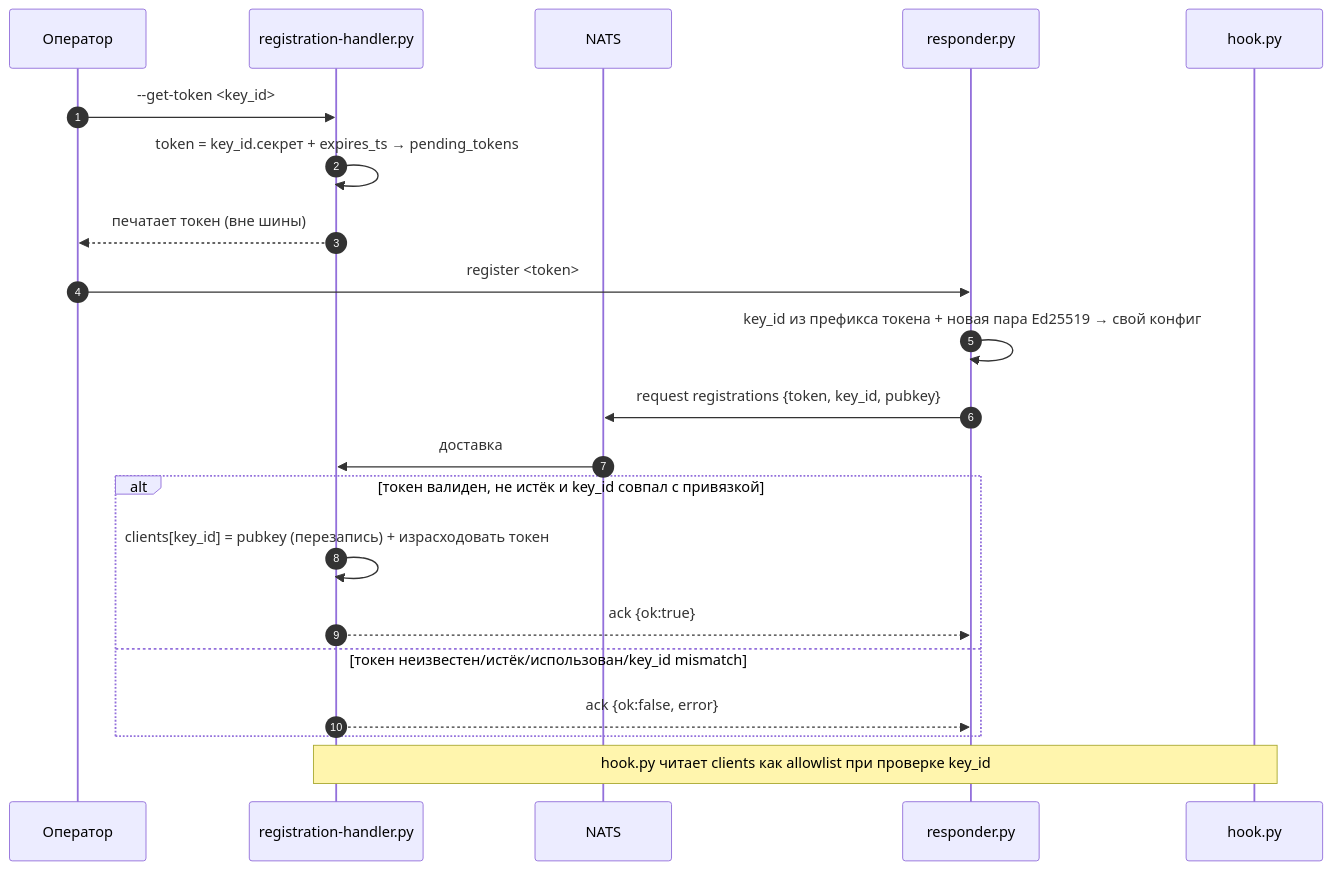
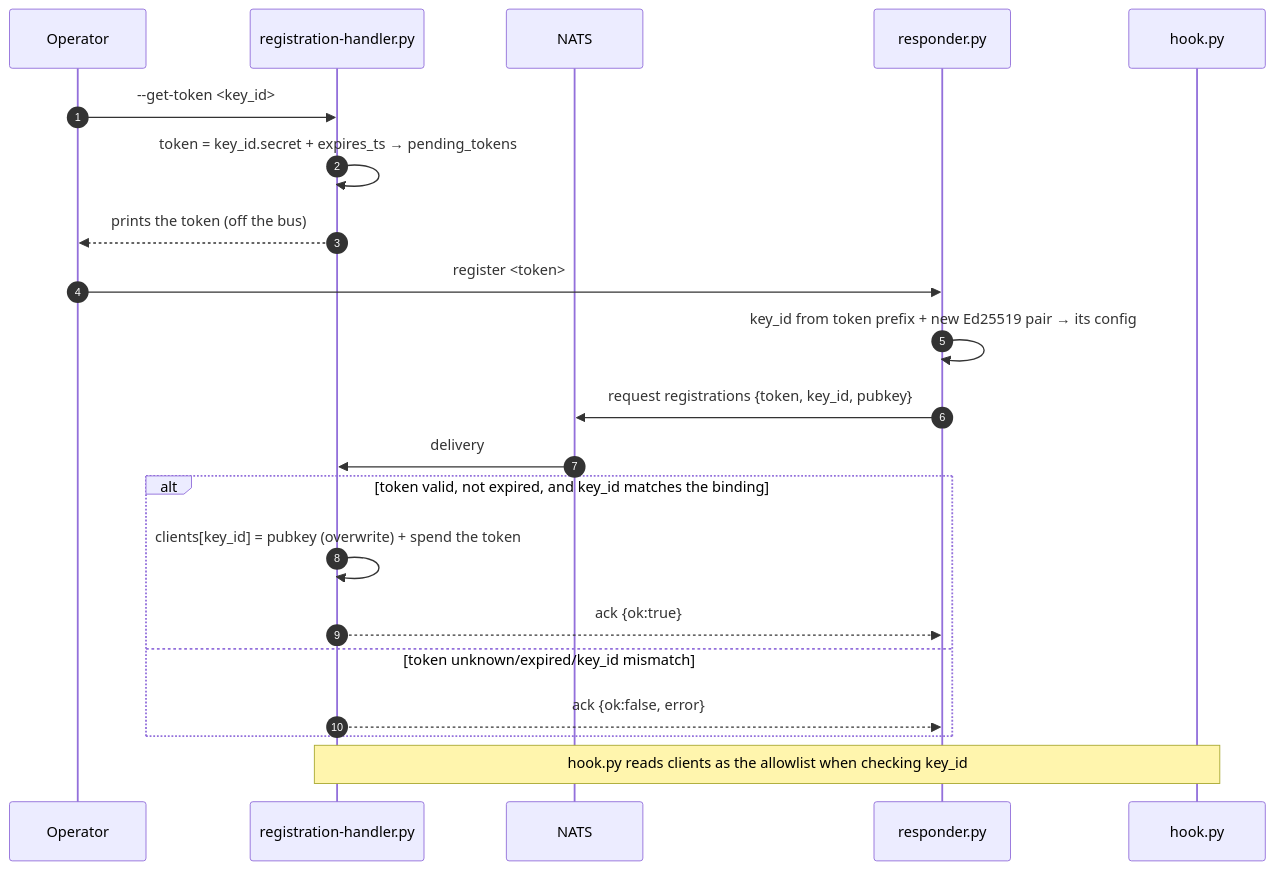
The first of 2 diagrams in CLAUDE.md (merlokk/ai-remote), drawn with Mermaid before and after one commit. The commit also changed other lines of this file, not shown here.

````diff
--- a/CLAUDE.md
+++ b/CLAUDE.md
@@ -119,24 +119,24 @@
 ```mermaid
 sequenceDiagram
     autonumber
-    participant O as Оператор
+    participant O as Operator
     participant RH as registration-handler.py
     participant N as NATS
     participant R as responder.py
     participant HK as hook.py
 
     O->>RH: --get-token <key_id>
-    RH->>RH: token = key_id.секрет + expires_ts → pending_tokens
-    RH-->>O: печатает токен (вне шины)
+    RH->>RH: token = key_id.secret + expires_ts → pending_tokens
+    RH-->>O: prints the token (off the bus)
     O->>R: register <token>
-    R->>R: key_id из префикса токена + новая пара Ed25519 → свой конфиг
+    R->>R: key_id from token prefix + new Ed25519 pair → its config
     R->>N: request registrations {token, key_id, pubkey}
-    N->>RH: доставка
-    alt токен валиден, не истёк и key_id совпал с привязкой
-        RH->>RH: clients[key_id] = pubkey (перезапись) + израсходовать токен
+    N->>RH: delivery
+    alt token valid, not expired, and key_id matches the binding
+        RH->>RH: clients[key_id] = pubkey (overwrite) + spend the token
         RH-->>R: ack {ok:true}
-    else токен неизвестен/истёк/использован/key_id mismatch
+    else token unknown/expired/key_id mismatch
         RH-->>R: ack {ok:false, error}
     end
-    Note over RH,HK: hook.py читает clients как allowlist при проверке key_id
+    Note over RH,HK: hook.py reads clients as the allowlist when checking key_id
 ```
````
